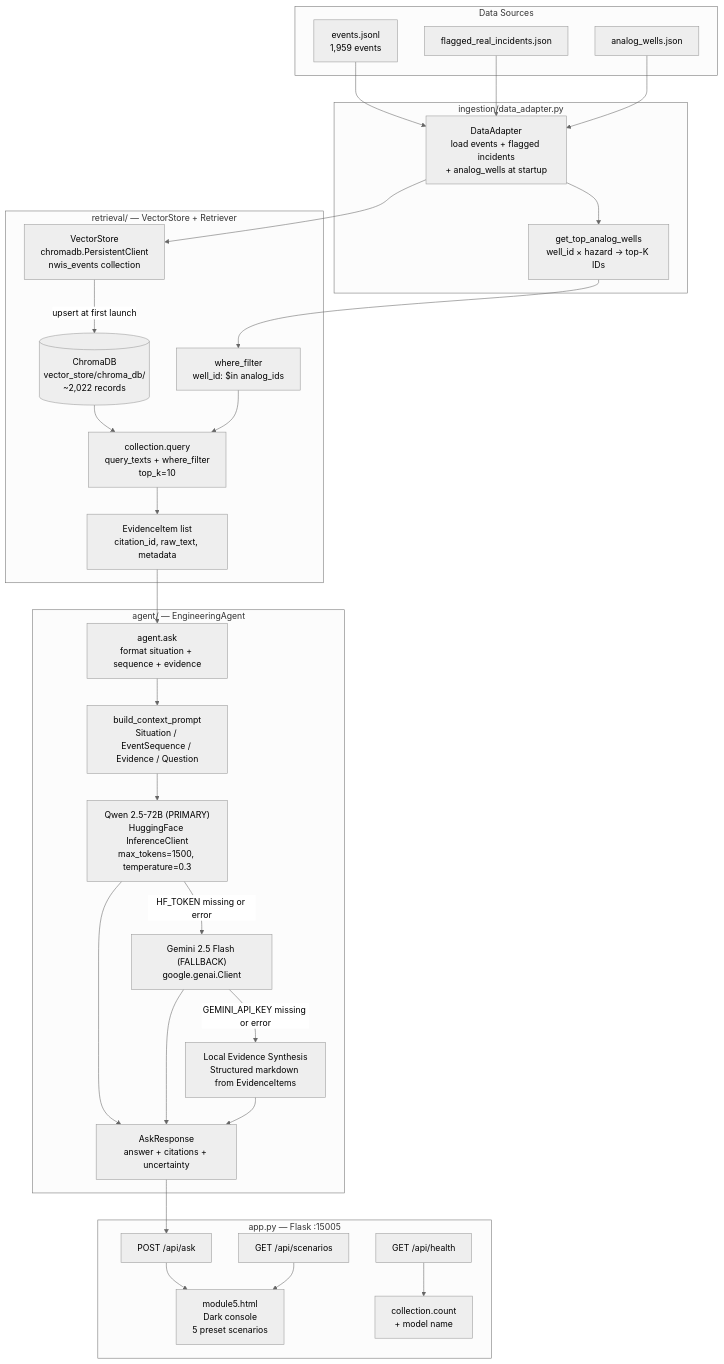
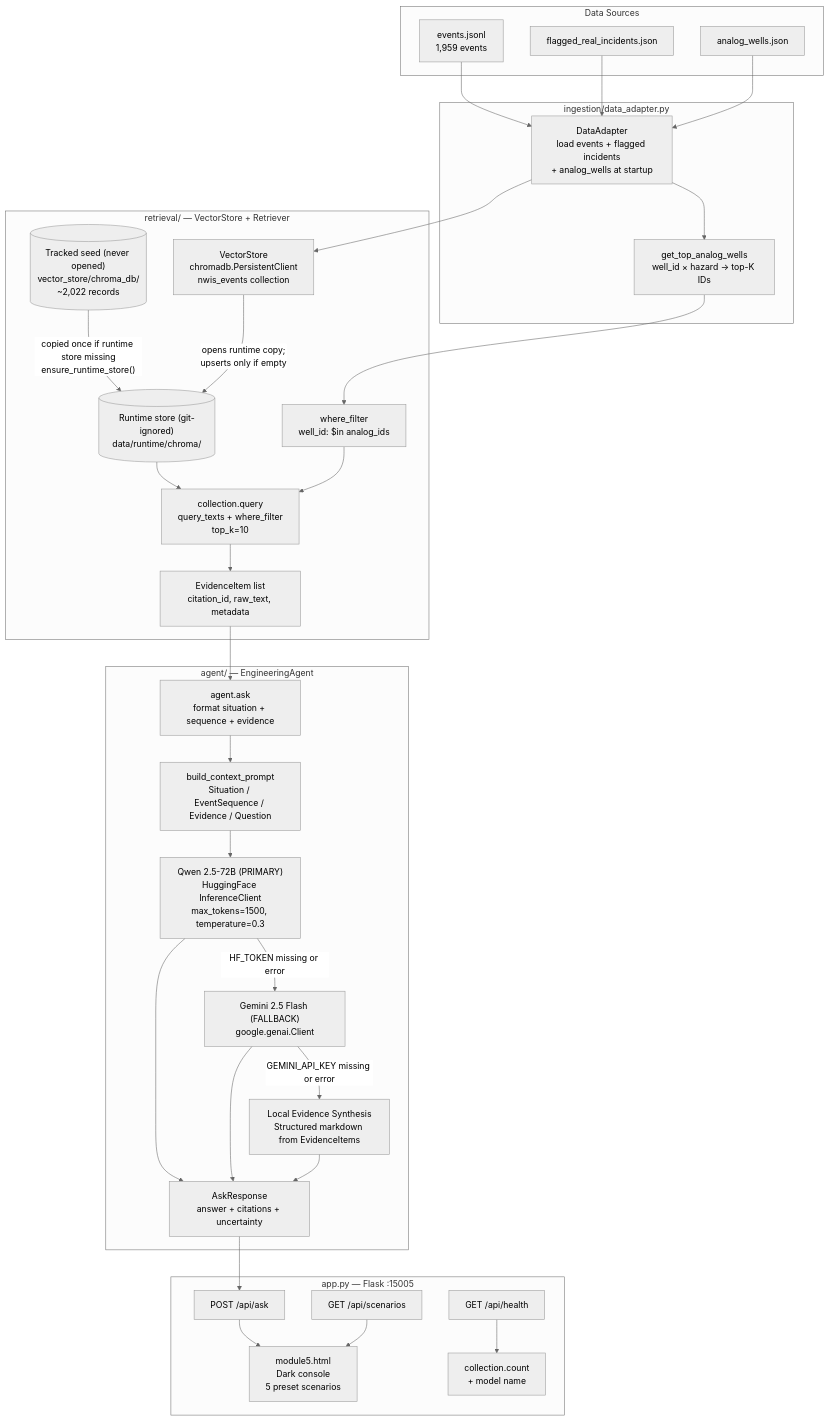
Diagram 13 of 16 in ARCHITECTURE.md (n3ssdub3y/SIH_2026_PLANNS), drawn with Mermaid (neutral theme) before and after one commit. The commit also changed other lines of this file and 23 other files, not shown here.

Commit message:
fix: fix devcontainer setup, split module 3 risk streams, and implement chroma runtime store with caching

````diff
--- a/ARCHITECTURE.md
+++ b/ARCHITECTURE.md
@@ -828,40 +839,41 @@
 ```mermaid
 graph TD
     subgraph "Data Sources"
         M1E["events.jsonl\n1,959 events"]
         M1F["flagged_real_incidents.json"]
         M2A["analog_wells.json"]
     end
 
     subgraph "ingestion/data_adapter.py"
         M1E --> DA["DataAdapter\nload events + flagged incidents\n+ analog_wells at startup"]
         M1F --> DA
         M2A --> DA
         DA --> GET_ANALOGS["get_top_analog_wells\nwell_id × hazard → top-K IDs"]
     end
 
     subgraph "retrieval/ — VectorStore + Retriever"
         DA --> VS["VectorStore\nchromadb.PersistentClient\nnwis_events collection"]
-        VS -->|"upsert at first launch"| CHROMA[("ChromaDB\nvector_store/chroma_db/\n~2,022 records")]
+        SEED[("Tracked seed (never opened)\nvector_store/chroma_db/\n~2,022 records")] -->|"copied once if runtime store missing\nensure_runtime_store()"| CHROMA[("Runtime store (git-ignored)\ndata/runtime/chroma/")]
+        VS -->|"opens runtime copy;\nupserts only if empty"| CHROMA
         GET_ANALOGS --> FILT["where_filter\nwell_id: $in analog_ids"]
         CHROMA --> SEARCH["collection.query\nquery_texts + where_filter\ntop_k=10"]
         FILT --> SEARCH
         SEARCH --> EV["EvidenceItem list\ncitation_id, raw_text, metadata"]
     end
 
     subgraph "agent/ — EngineeringAgent"
         EV --> AGT["agent.ask\nformat situation + sequence + evidence"]
         AGT --> PROMPT["build_context_prompt\nSituation / EventSequence / Evidence / Question"]
         PROMPT --> HF["Qwen 2.5-72B (PRIMARY)\nHuggingFace InferenceClient\nmax_tokens=1500, temperature=0.3"]
         HF -->|"HF_TOKEN missing or error"| GEM["Gemini 2.5 Flash (FALLBACK)\ngoogle.genai.Client"]
         GEM -->|"GEMINI_API_KEY missing or error"| SYNTH["Local Evidence Synthesis\nStructured markdown from EvidenceItems"]
         HF & GEM & SYNTH --> ANS["AskResponse\nanswer + citations + uncertainty"]
     end
 
     subgraph "app.py — Flask :15005"
         ANS --> API["POST /api/ask"]
         API --> UI["module5.html\nDark console\n5 preset scenarios"]
         SCEN["GET /api/scenarios"] --> UI
         HEALTH["GET /api/health"] --> COUNT["collection.count\n+ model name"]
     end
 ```
````
